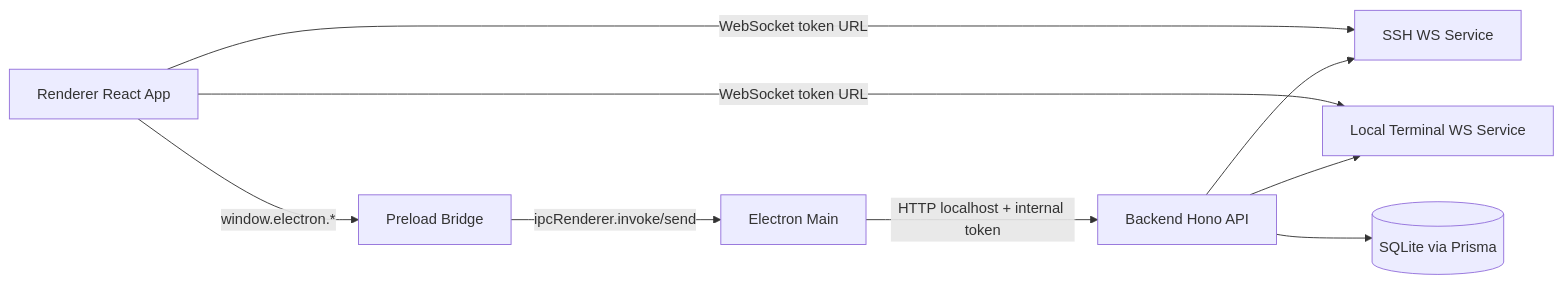
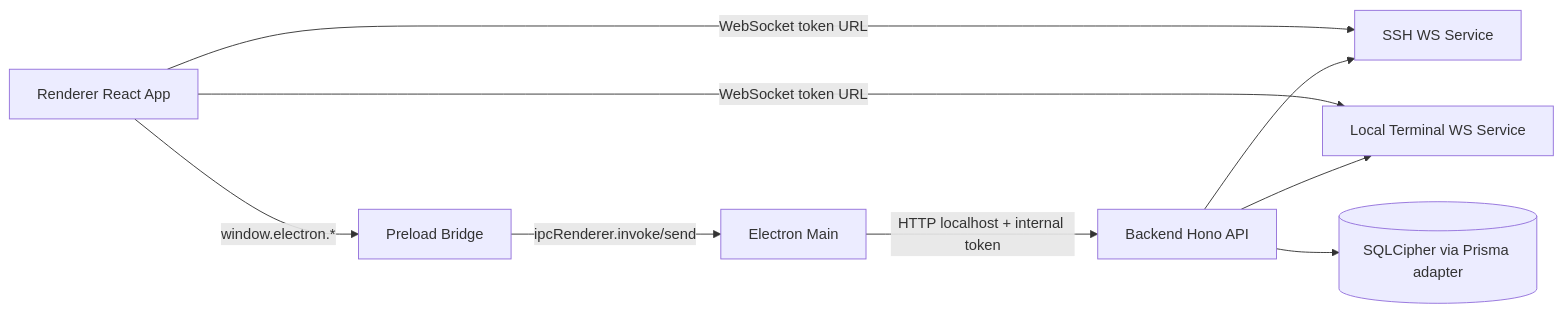
One commit to XYZ1024-alt/Cosmosh changed the first of 10 diagrams in docs/developer/core/architecture.md. Above: the diagram before and after it, drawn with Mermaid. The commit also changed other lines of this file and 12 other files, not shown here.

First line of the commit message:
fix(backend): enforce SQLCipher for Prisma storage

````diff
--- a/docs/developer/core/architecture.md
+++ b/docs/developer/core/architecture.md
@@ -12,11 +12,11 @@
 ```mermaid
 flowchart LR
   R[Renderer React App] -->|window.electron.*| P[Preload Bridge]
   P -->|ipcRenderer.invoke/send| M[Electron Main]
   M -->|HTTP localhost + internal token| B[Backend Hono API]
   R -->|WebSocket token URL| WS1[SSH WS Service]
   R -->|WebSocket token URL| WS2[Local Terminal WS Service]
   B --> WS1
   B --> WS2
-  B --> DB[(SQLite via Prisma)]
+  B --> DB[(SQLCipher via Prisma adapter)]
 ```
````
